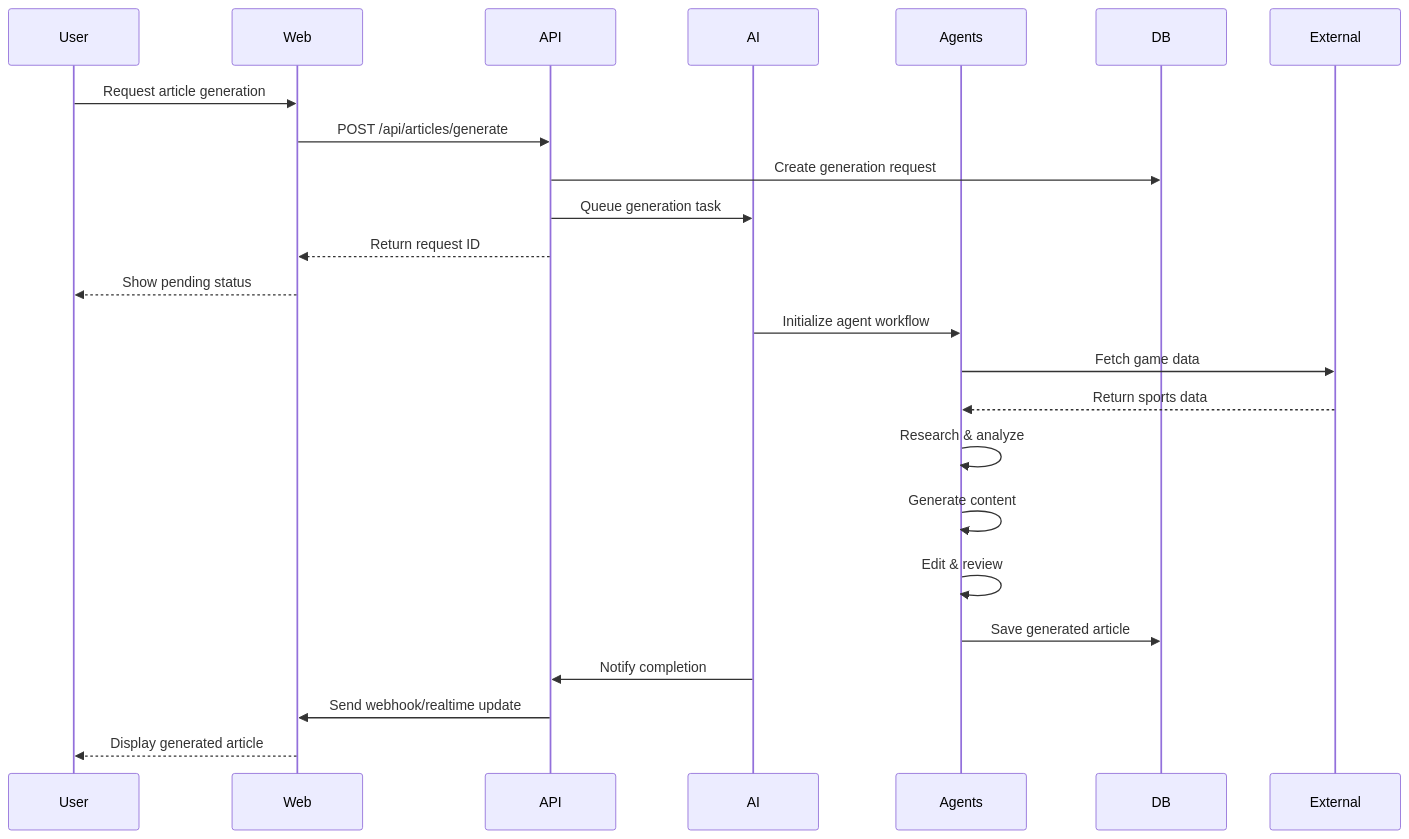
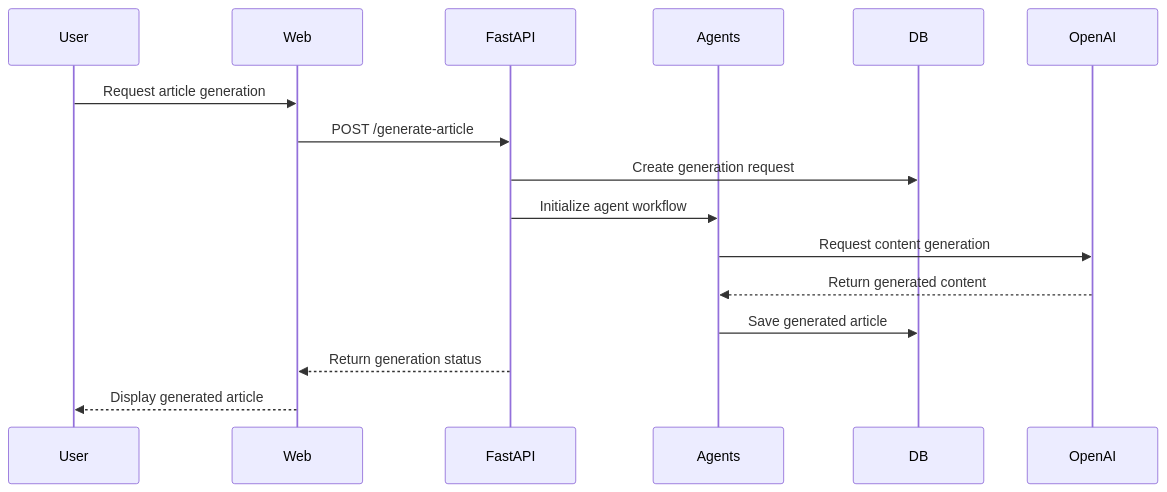
Before and after one commit to vibing-ai/sports-scribe: the second of 5 diagrams in docs/architecture/system-overview.md, drawn with Mermaid. The commit also changed other lines of this file and 28 other files, not shown here.

````diff
--- a/docs/architecture/system-overview.md
+++ b/docs/architecture/system-overview.md
@@ -151,28 +120,19 @@
 ```mermaid
 sequenceDiagram
     participant User
     participant Web
-    participant API
-    participant AI
+    participant FastAPI
     participant Agents
     participant DB
-    participant External
+    participant OpenAI
 
     User->>Web: Request article generation
-    Web->>API: POST /api/articles/generate
-    API->>DB: Create generation request
-    API->>AI: Queue generation task
-    API-->>Web: Return request ID
-    Web-->>User: Show pending status
-
-    AI->>Agents: Initialize agent workflow
-    Agents->>External: Fetch game data
-    External-->>Agents: Return sports data
-    Agents->>Agents: Research & analyze
-    Agents->>Agents: Generate content
-    Agents->>Agents: Edit & review
+    Web->>FastAPI: POST /generate-article
+    FastAPI->>DB: Create generation request
+    FastAPI->>Agents: Initialize agent workflow
+    Agents->>OpenAI: Request content generation
+    OpenAI-->>Agents: Return generated content
     Agents->>DB: Save generated article
-    AI->>API: Notify completion
-    API->>Web: Send webhook/realtime update
+    FastAPI-->>Web: Return generation status
     Web-->>User: Display generated article
 ```
````
